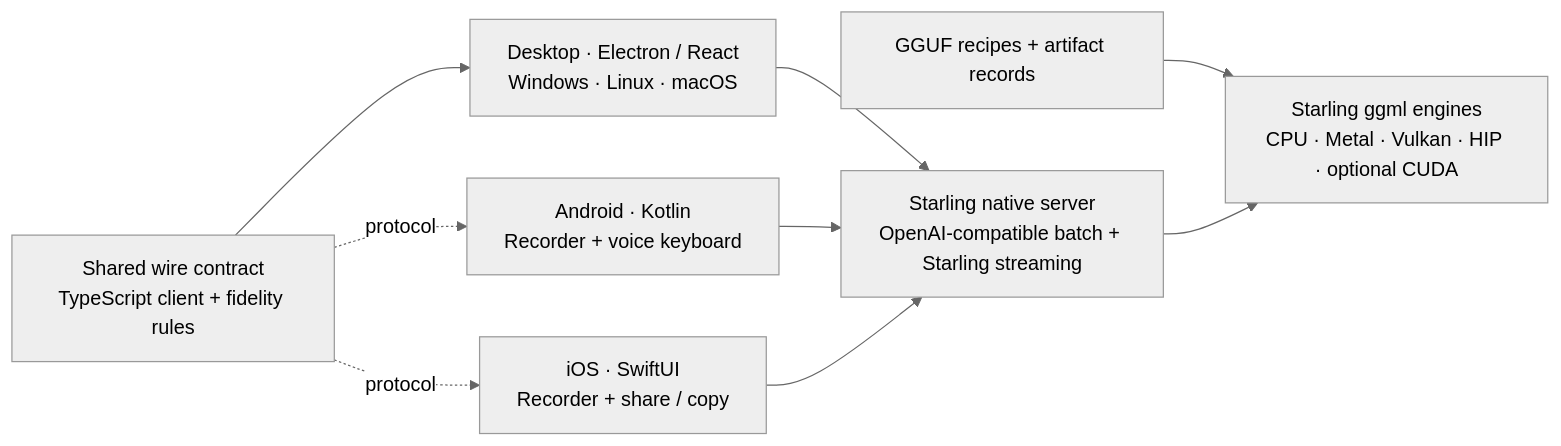
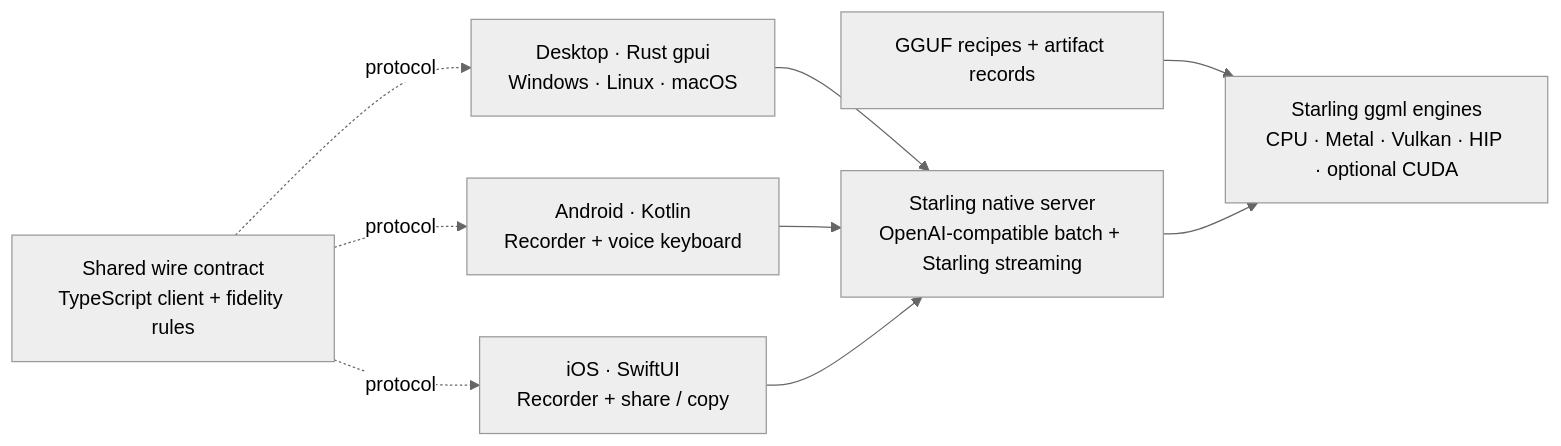
One commit to sims1253/starling changed the first of 2 diagrams in docs/monorepo.md. Above: the diagram before and after it, drawn with Mermaid (neutral theme). The commit also changed other lines of this file and 99 other files, not shown here.

First line of the commit message:
feat(desktop)!: remove the Electron app; gpui is the desktop

````diff
--- a/docs/monorepo.md
+++ b/docs/monorepo.md
@@ -9,11 +9,12 @@
 ```mermaid
 flowchart LR
-  Desktop["Desktop · Electron / React<br/>Windows · Linux · macOS"] --> API["Starling native server<br/>OpenAI-compatible batch + Starling streaming"]
+  Desktop["Desktop · Rust gpui<br/>Windows · Linux · macOS"] --> API["Starling native server<br/>OpenAI-compatible batch + Starling streaming"]
   Android["Android · Kotlin<br/>Recorder + voice keyboard"] --> API
   iOS["iOS · SwiftUI<br/>Recorder + share / copy"] --> API
-  Shared["Shared wire contract<br/>TypeScript client + fidelity rules"] --> Desktop
+  Shared["Shared wire contract<br/>TypeScript client + fidelity rules"]
+  Shared -. protocol .-> Desktop
   Shared -. protocol .-> Android
   Shared -. protocol .-> iOS
   Quants["GGUF recipes + artifact records"] --> Engine["Starling ggml engines<br/>CPU · Metal · Vulkan · HIP · optional CUDA"]
   API --> Engine
 ```
````
